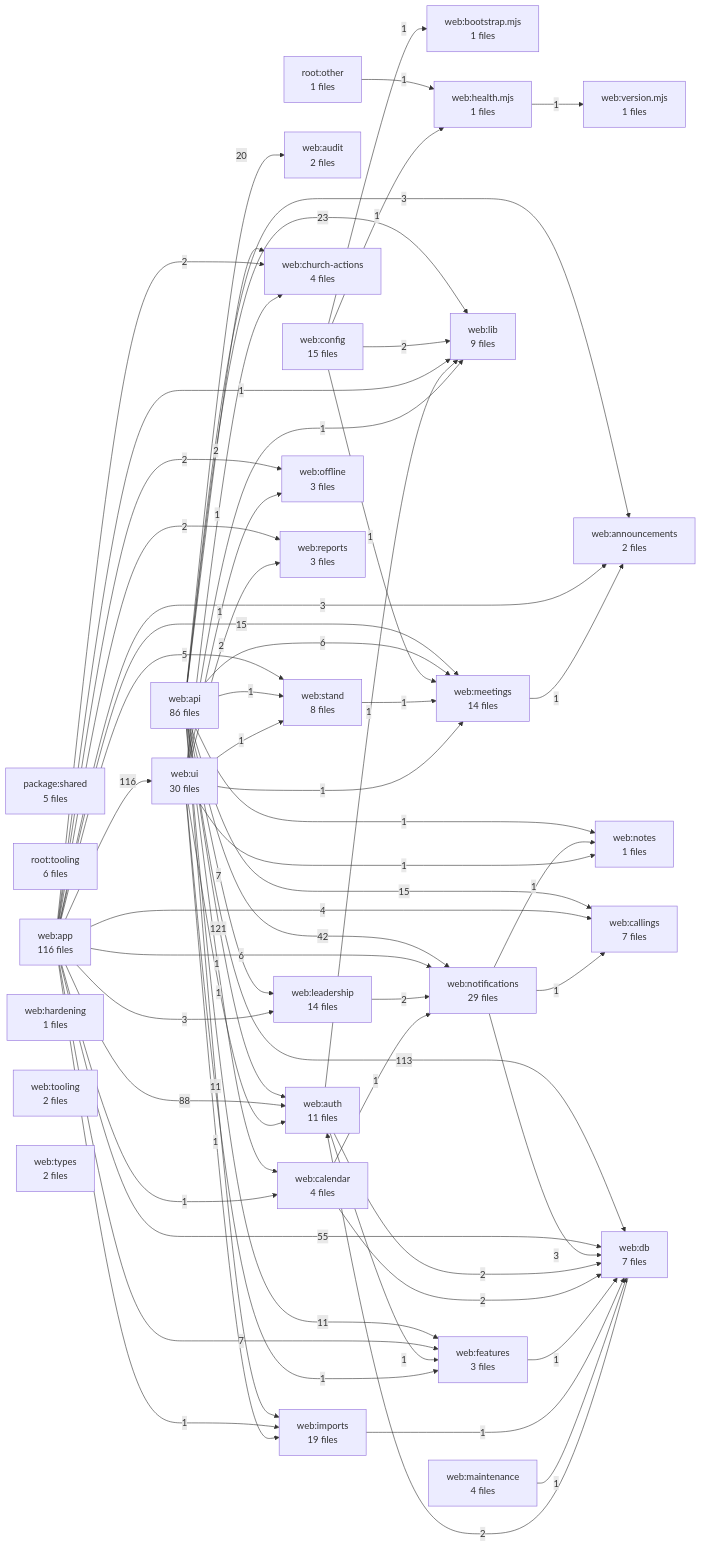
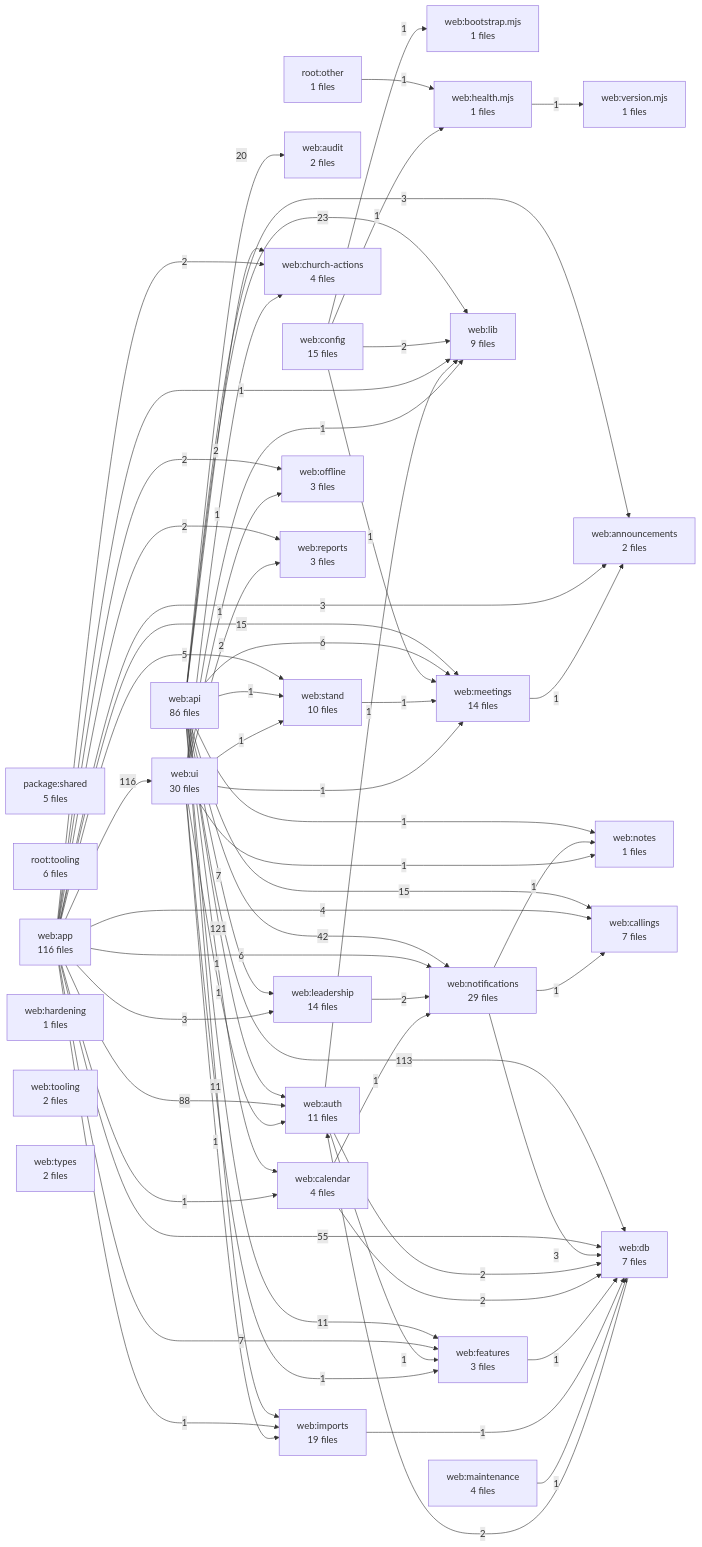
One commit to kalebhall/the-stand changed the diagram in docs/DEPENDENCY_GRAPH.md. Above: the diagram before and after it, drawn with Mermaid. The commit also changed other lines of this file and 6 other files, not shown here.

```diff
--- a/docs/DEPENDENCY_GRAPH.md
+++ b/docs/DEPENDENCY_GRAPH.md
@@ -36,7 +36,7 @@
   A24["web:notifications<br/>29 files"]
   A25["web:offline<br/>3 files"]
   A26["web:reports<br/>3 files"]
-  A27["web:stand<br/>8 files"]
+  A27["web:stand<br/>10 files"]
   A28["web:tooling<br/>2 files"]
   A29["web:types<br/>2 files"]
   A30["web:ui<br/>30 files"]
```
